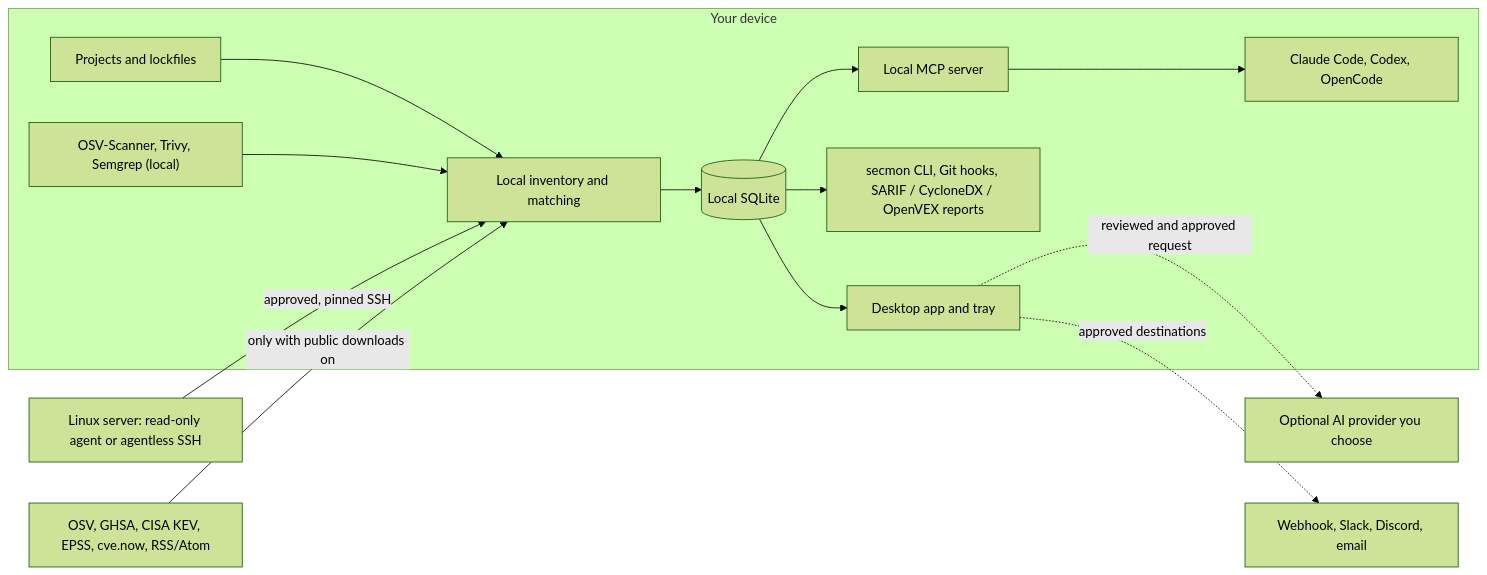
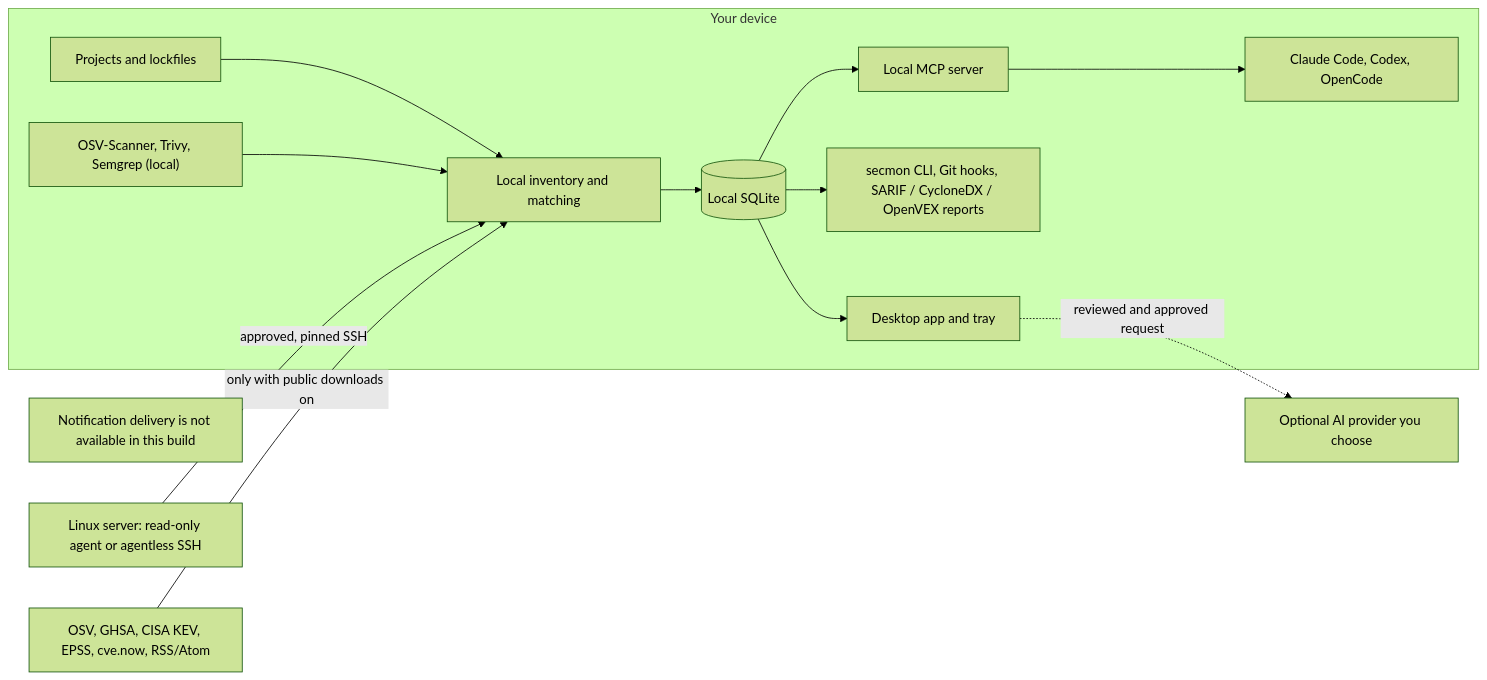
One commit to umitaltinozzz/security-monitor changed the diagram in README.md. Above: the diagram before and after it, drawn with Mermaid (forest theme). The commit also changed other lines of this file and 17 other files, not shown here.

````diff
--- a/README.md
+++ b/README.md
@@ -55,16 +55,16 @@
 ```mermaid
 flowchart LR
   subgraph Device["Your device"]
     Repo["Projects and lockfiles"] --> Engine["Local inventory and matching"]
     Scanners["OSV-Scanner, Trivy, Semgrep (local)"] --> Engine
     Engine --> Store[("Local SQLite")]
     Store --> Desktop["Desktop app and tray"]
     Store --> CLI["secmon CLI, Git hooks, SARIF / CycloneDX / OpenVEX reports"]
     Store --> MCP["Local MCP server"]
     MCP --> Agents["Claude Code, Codex, OpenCode"]
   end
   Server["Linux server: read-only agent or agentless SSH"] -- "approved, pinned SSH" --> Engine
   Feeds["OSV, GHSA, CISA KEV, EPSS, cve.now, RSS/Atom"] -- "only with public downloads on" --> Engine
   Desktop -. "reviewed and approved request" .-> AI["Optional AI provider you choose"]
-  Desktop -. "approved destinations" .-> Notify["Webhook, Slack, Discord, email"]
+  Notify["Notification delivery is not available in this build"]
 ```
````
